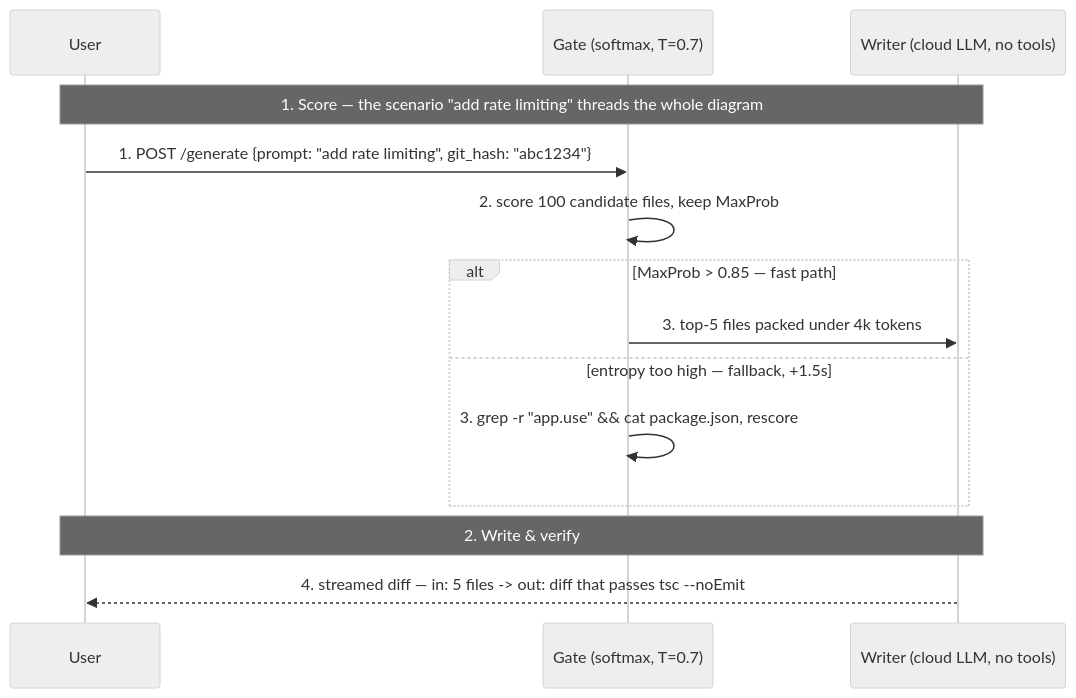
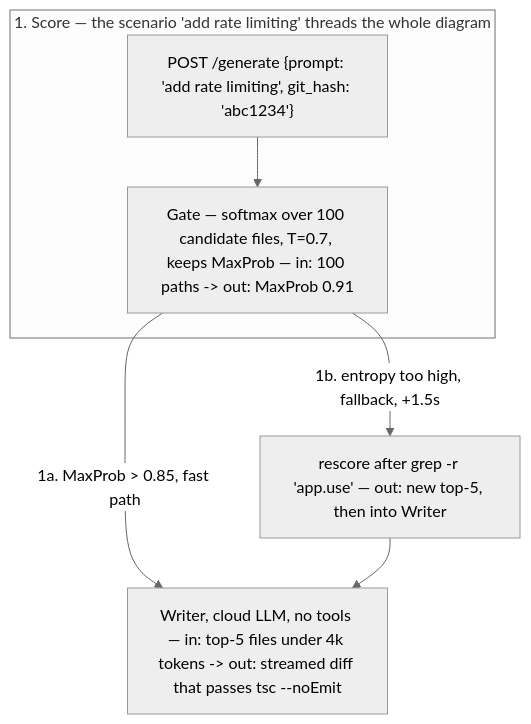
Before and after one commit to MohanTn/mohan-dotfiles: the first of 2 diagrams in agents/skills/ai-memory-init/SKILL.md, drawn with Mermaid (neutral theme). The commit also changed other lines of this file and 67 other files, not shown here.

Commit message:
chore: reorganize hooks by event, consolidate memory to one diagram

````diff
--- a/agents/skills/ai-memory-init/SKILL.md
+++ b/agents/skills/ai-memory-init/SKILL.md
@@ -159,16 +171,11 @@
 ```mermaid
-sequenceDiagram
-  participant U as User
-  participant G as Gate (softmax, T=0.7)
-  participant W as Writer (cloud LLM, no tools)
-  Note over U,W: 1. Score — the scenario "add rate limiting" threads the whole diagram
-  U->>G: 1. POST /generate {prompt: "add rate limiting", git_hash: "abc1234"}
-  G->>G: 2. score 100 candidate files, keep MaxProb
-  alt MaxProb > 0.85 — fast path
-    G->>W: 3. top-5 files packed under 4k tokens
-  else entropy too high — fallback, +1.5s
-    G->>G: 3. grep -r "app.use" && cat package.json, rescore
+flowchart TD
+  subgraph P1["1. Score — the scenario 'add rate limiting' threads the whole diagram"]
+    U["POST /generate {prompt: 'add rate limiting', git_hash: 'abc1234'}"]
+    G["Gate — softmax over 100 candidate files, T=0.7, keeps MaxProb — in: 100 paths -> out: MaxProb 0.91"]
+    U --> G
   end
-  Note over U,W: 2. Write & verify
-  W-->>U: 4. streamed diff — in: 5 files -> out: diff that passes tsc --noEmit
+  G -->|"1a. MaxProb > 0.85, fast path"| W["Writer, cloud LLM, no tools — in: top-5 files under 4k tokens -> out: streamed diff that passes tsc --noEmit"]
+  G -->|"1b. entropy too high, fallback, +1.5s"| RS["rescore after grep -r 'app.use' — out: new top-5, then into Writer"]
+  RS --> W
 ```
````
